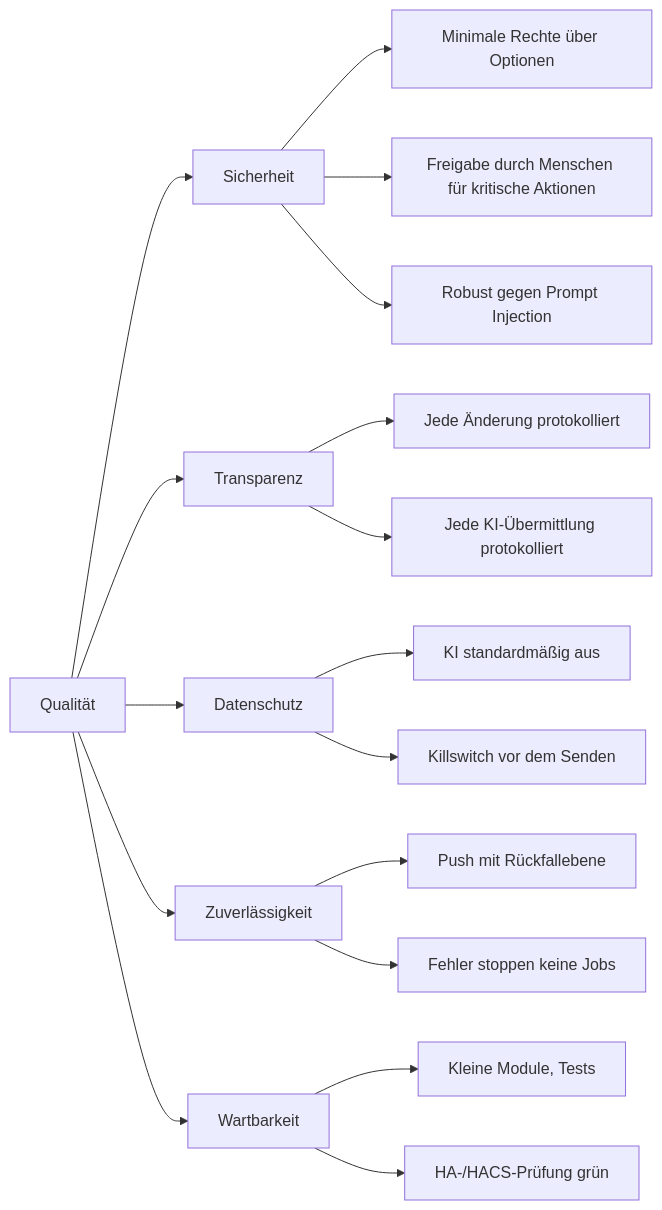
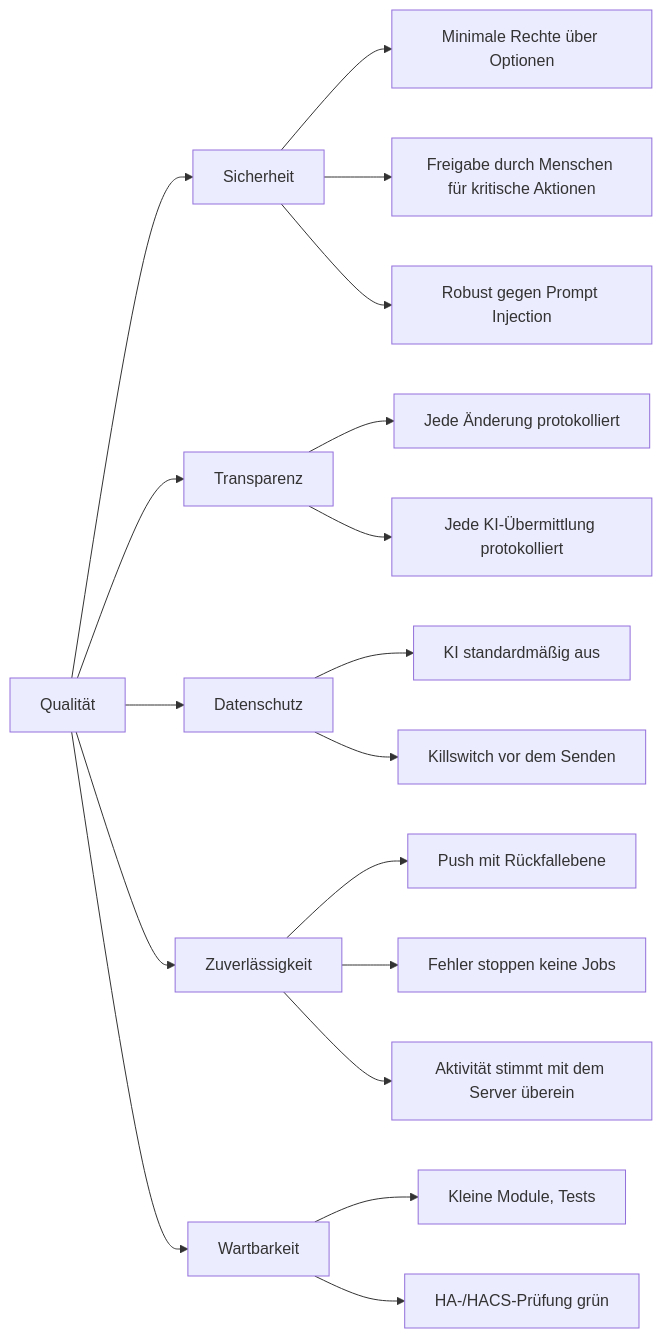
Before and after one commit to nadeo360/friedafetch: the seventh of 7 diagrams in docs/architecture.de.md, drawn with Mermaid. The commit also changed other lines of this file and 1 other file, not shown here.

````diff
--- a/docs/architecture.de.md
+++ b/docs/architecture.de.md
@@ -482,19 +588,20 @@
 ```mermaid
 flowchart LR
   Q[Qualität] --> S[Sicherheit]
   Q --> T[Transparenz]
   Q --> P[Datenschutz]
   Q --> R[Zuverlässigkeit]
   Q --> M[Wartbarkeit]
   S --> S1[Minimale Rechte über Optionen]
   S --> S2[Freigabe durch Menschen für kritische Aktionen]
   S --> S3[Robust gegen Prompt Injection]
   T --> T1[Jede Änderung protokolliert]
   T --> T2[Jede KI-Übermittlung protokolliert]
   P --> P1[KI standardmäßig aus]
   P --> P2[Killswitch vor dem Senden]
   R --> R1[Push mit Rückfallebene]
   R --> R2[Fehler stoppen keine Jobs]
+  R --> R3[Aktivität stimmt mit dem Server überein]
   M --> M1[Kleine Module, Tests]
   M --> M2[HA-/HACS-Prüfung grün]
 ```
````
